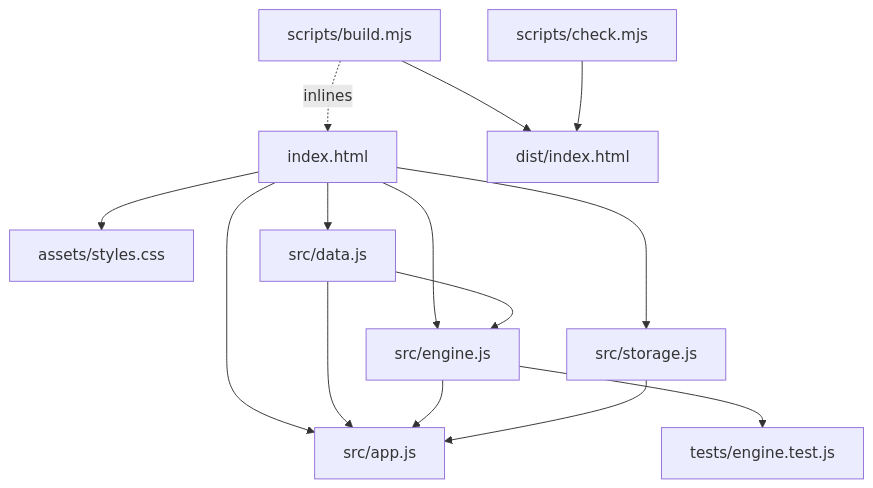
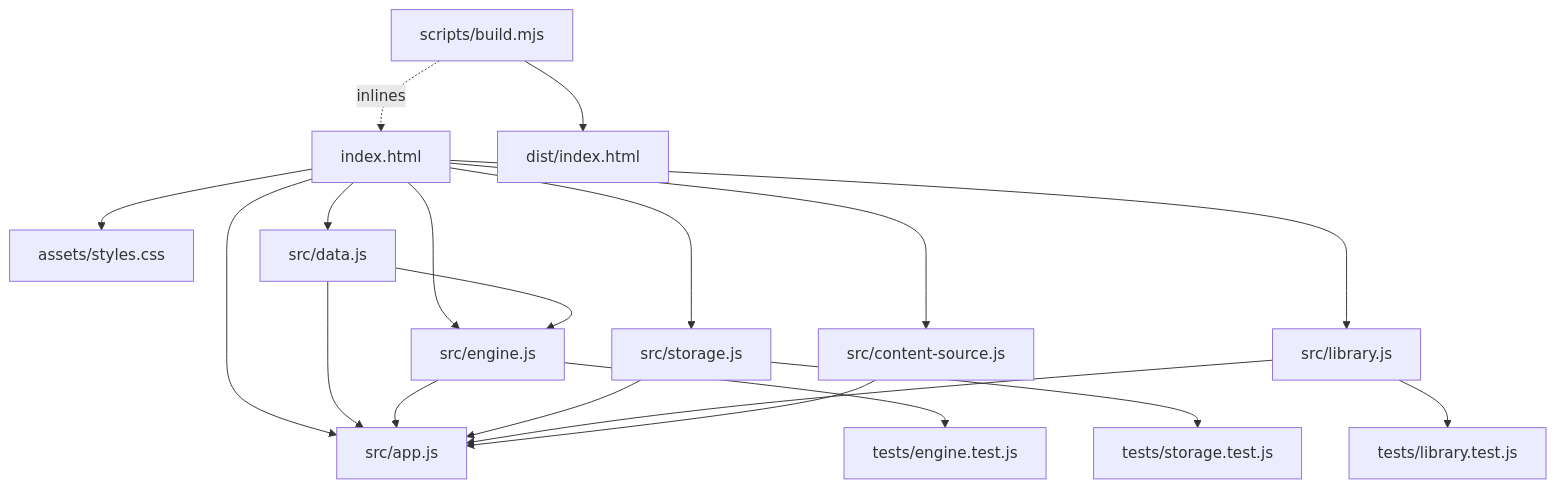
One commit to TommyDucx/zhiyu-study-camp changed the first of 3 diagrams in dist/docs/CODE-MAP.md. Above: the diagram before and after it, drawn with Mermaid. The commit also changed other lines of this file and 42 other files, not shown here.

First line of the commit message:
feat: turn library into a full review reader with local content

````diff
--- a/dist/docs/CODE-MAP.md
+++ b/dist/docs/CODE-MAP.md
@@ -20,16 +21,21 @@
 ```mermaid
 flowchart TD
   IDX[index.html] --> CSS[assets/styles.css]
   IDX --> DATA[src/data.js]
   IDX --> ENGINE[src/engine.js]
   IDX --> STORE[src/storage.js]
+  IDX --> LIB[src/library.js]
+  IDX --> SRC[src/content-source.js]
   IDX --> APP[src/app.js]
   DATA --> APP
+  DATA --> ENGINE
   ENGINE --> APP
   STORE --> APP
-  DATA --> ENGINE
+  LIB --> APP
+  SRC --> APP
   ENGINE --> TESTS[tests/engine.test.js]
+  LIB --> LIBTESTS[tests/library.test.js]
+  STORE --> STORETESTS[tests/storage.test.js]
   BUILD[scripts/build.mjs] -. inlines .-> IDX
   BUILD --> DIST[dist/index.html]
-  CHECK[scripts/check.mjs] --> DIST
 ```
````
